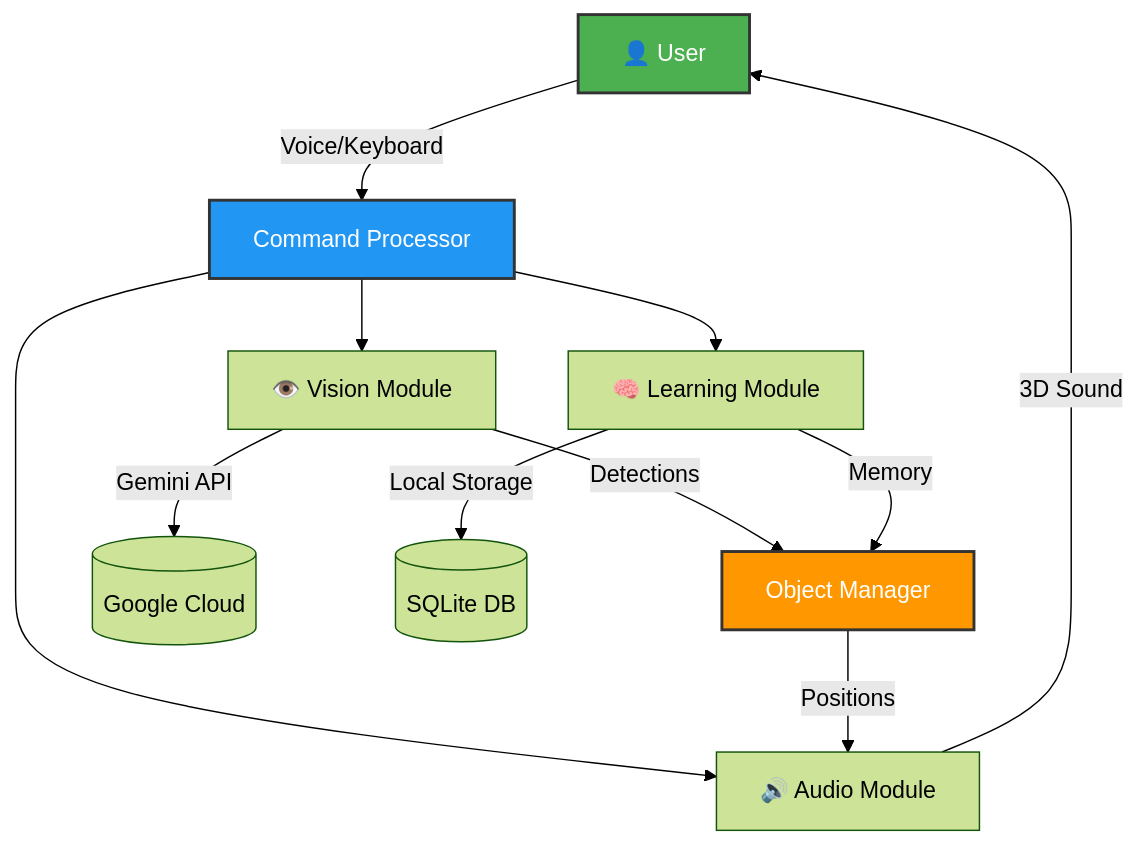
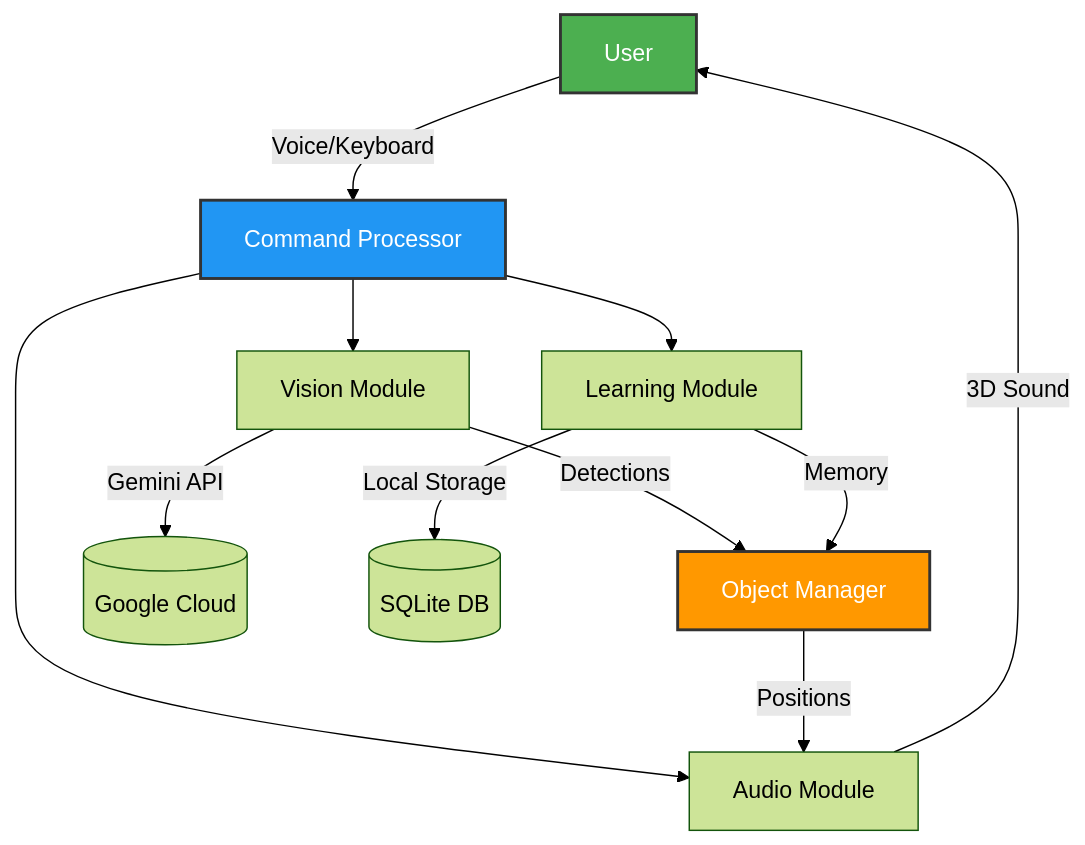
Before and after one commit to alexbuildstech/assistivetech: the diagram in README.md, drawn with Mermaid (forest theme). The commit also changed other lines of this file, not shown here.

````diff
--- a/README.md
+++ b/README.md
@@ -172,19 +145,19 @@
 ```mermaid
 graph TD
-    A[👤 User] -->|Voice/Keyboard| B[Command Processor]
-    B --> C[👁️ Vision Module]
-    B --> D[🧠 Learning Module]
-    B --> E[🔊 Audio Module]
+    A[User] -->|Voice/Keyboard| B[Command Processor]
+    B --> C[Vision Module]
+    B --> D[Learning Module]
+    B --> E[Audio Module]
     
     C -->|Detections| F[Object Manager]
     D -->|Memory| F
     F -->|Positions| E
     E -->|3D Sound| A
     
     C -->|Gemini API| G[(Google Cloud)]
     D -->|Local Storage| H[(SQLite DB)]
     
     style A fill:#4CAF50,stroke:#333,stroke-width:2px,color:#fff
     style B fill:#2196F3,stroke:#333,stroke-width:2px,color:#fff
     style F fill:#FF9800,stroke:#333,stroke-width:2px,color:#fff
 ```
````
